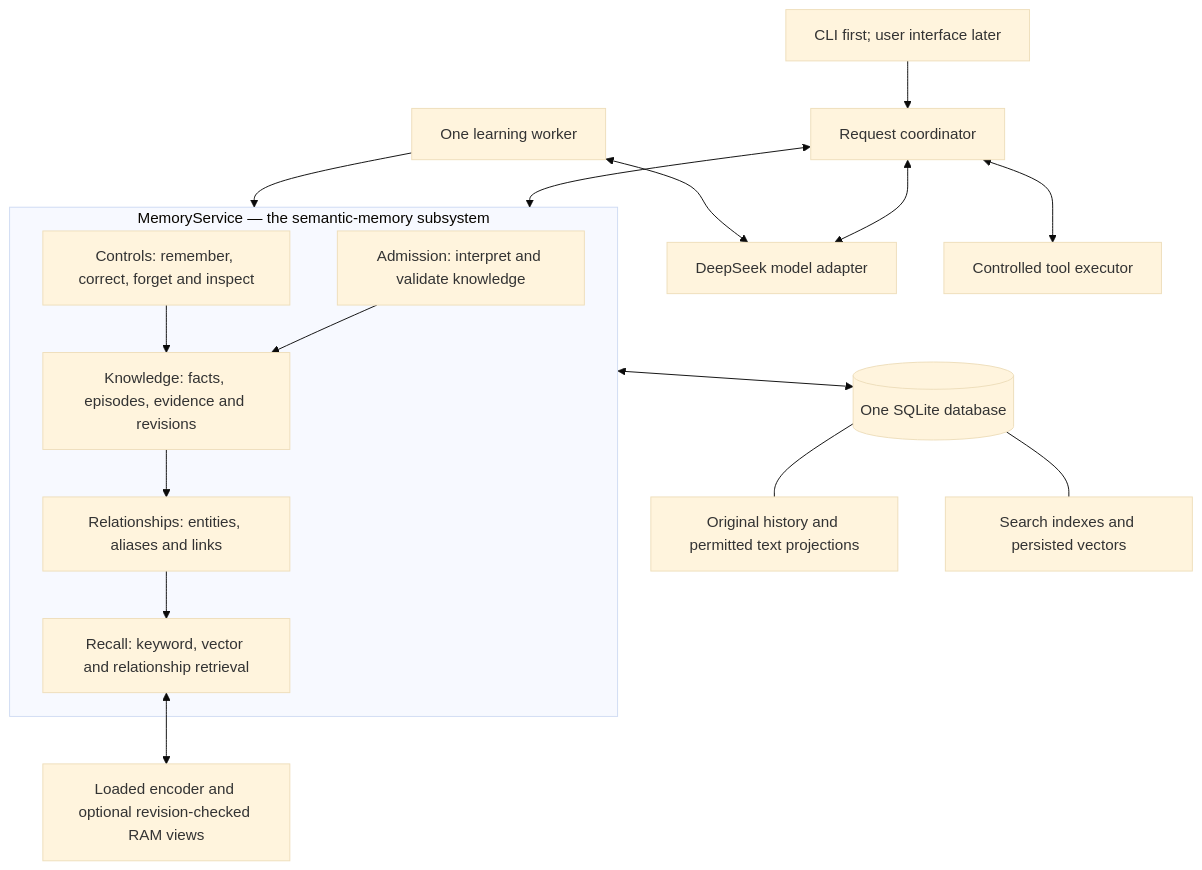
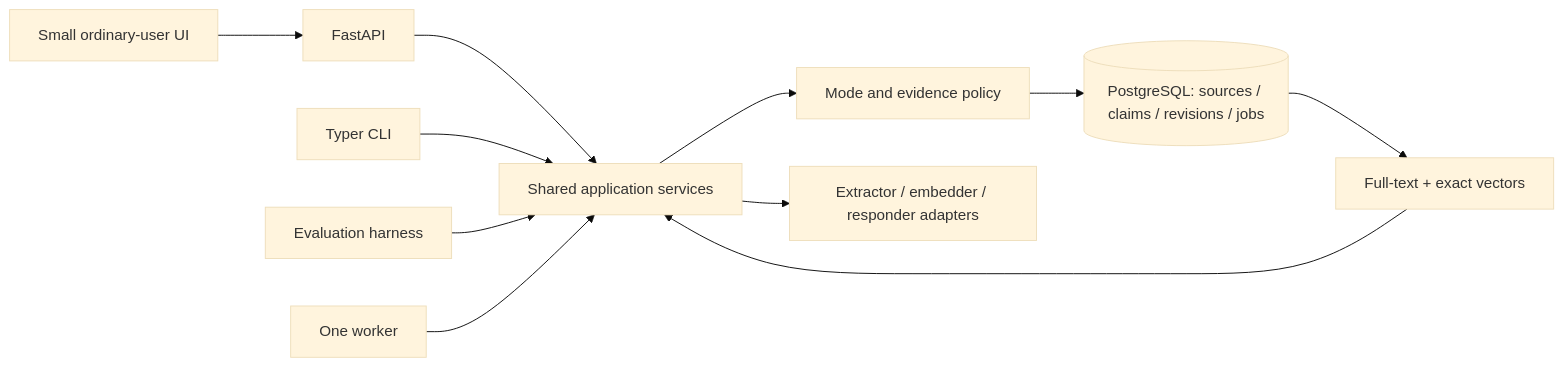
The diagram in ARCHITECTURE.md (harshith0518/ProjectSemanticMemorySarvamAI), drawn with Mermaid (base theme) before and after one commit. The commit also changed other lines of this file and 102 other files, not shown here.

First line of the commit message:
docs: establish minimal semantic memory implementation plan

````diff
--- a/ARCHITECTURE.md
+++ b/ARCHITECTURE.md
@@ -90,24 +7,13 @@
 ```mermaid
-flowchart TD
-  U[CLI first; user interface later] --> R[Request coordinator]
-  R <--> L[DeepSeek model adapter]
-  R <--> M
-  R <--> T[Controlled tool executor]
-  subgraph M[MemoryService — the semantic-memory subsystem]
-    A[Admission: interpret and validate knowledge]
-    B[Knowledge: facts, episodes, evidence and revisions]
-    C[Relationships: entities, aliases and links]
-    D[Recall: keyword, vector and relationship retrieval]
-    E[Controls: remember, correct, forget and inspect]
-    A --> B
-    B --> C
-    C --> D
-    E --> B
-  end
-  M <--> DB[(One SQLite database)]
-  W[One learning worker] --> M
-  W <--> L
-  DB --- S[Original history and permitted text projections]
-  DB --- I[Search indexes and persisted vectors]
-  D <--> RAM[Loaded encoder and optional revision-checked RAM views]
+flowchart LR
+  UI[Small ordinary-user UI] --> API[FastAPI]
+  API --> S[Shared application services]
+  CLI[Typer CLI] --> S
+  EVAL[Evaluation harness] --> S
+  WORKER[One worker] --> S
+  S --> POLICY[Mode and evidence policy]
+  POLICY --> DB[(PostgreSQL: sources / claims / revisions / jobs)]
+  S --> MODELS[Extractor / embedder / responder adapters]
+  DB --> SEARCH[Full-text + exact vectors]
+  SEARCH --> S
 ```
````
